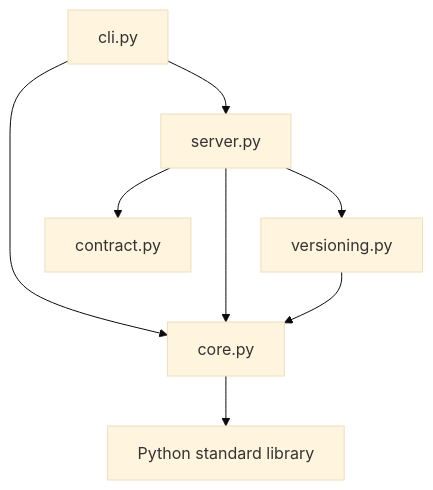
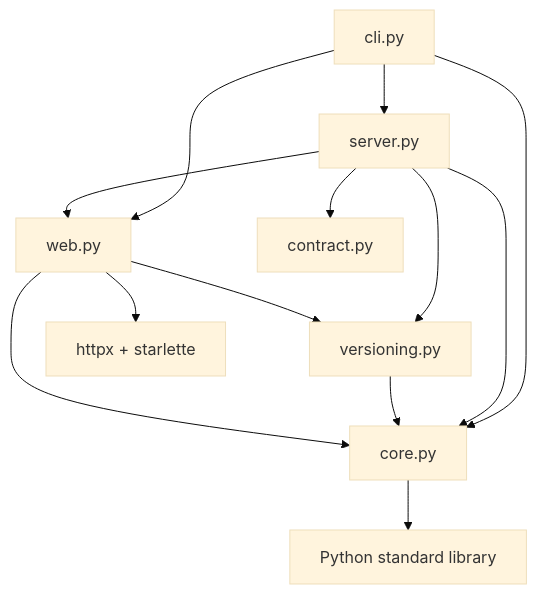
Before and after one commit to alessio-zamparelli/capforge: the second of 3 diagrams in docs/ARCHITECTURE.md, drawn with Mermaid (base theme). The commit also changed other lines of this file and 35 other files, not shown here.

````diff
--- a/docs/ARCHITECTURE.md
+++ b/docs/ARCHITECTURE.md
@@ -83,10 +94,15 @@
 ```mermaid
 flowchart TB
     CLI[cli.py] --> SRV[server.py]
     CLI --> CORE[core.py]
+    CLI --> WEB[web.py]
     SRV --> CORE
     SRV --> VER[versioning.py]
+    SRV --> WEB
     SRV --> CON[contract.py]
     VER --> CORE
+    WEB --> CORE
+    WEB --> VER
+    WEB --> HTTPX[httpx + starlette]
     CORE --> STDLIB[Python standard library]
 ```
````
